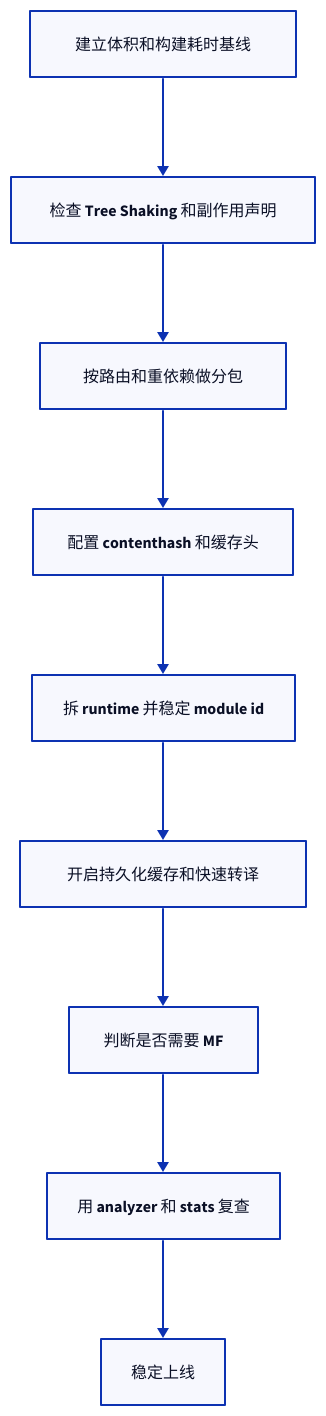
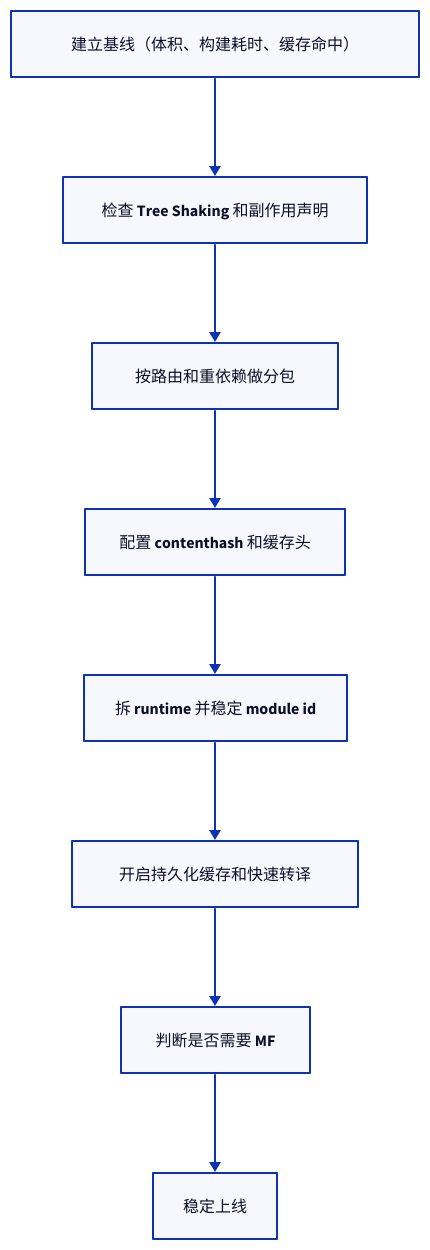
Before and after one commit to youngluo/thinking: the third of 3 diagrams in apps/docs/experiences/构建工具/Webpack 实践.md, drawn with D2. The commit also changed other lines of this file and 44 other files, not shown here.

````diff
--- a/apps/docs/experiences/构建工具/Webpack 实践.md
+++ b/apps/docs/experiences/构建工具/Webpack 实践.md
@@ -595,19 +694,18 @@
 ```d2
 direction: down
 
-baseline: 建立体积和构建耗时基线
+baseline: 建立基线（体积、构建耗时、缓存命中）
 tree: 检查 Tree Shaking 和副作用声明
 split: 按路由和重依赖做分包
 cache: 配置 contenthash 和缓存头
 runtime: 拆 runtime 并稳定 module id
 speed: 开启持久化缓存和快速转译
 mf: 判断是否需要 MF {
   class: decision
 }
-analyze: 用 analyzer 和 stats 复查
 done: 稳定上线 {
   class: ok
 }
 
-baseline -> tree -> split -> cache -> runtime -> speed -> mf -> analyze -> done
+baseline -> tree -> split -> cache -> runtime -> speed -> mf -> done
 ```
````
